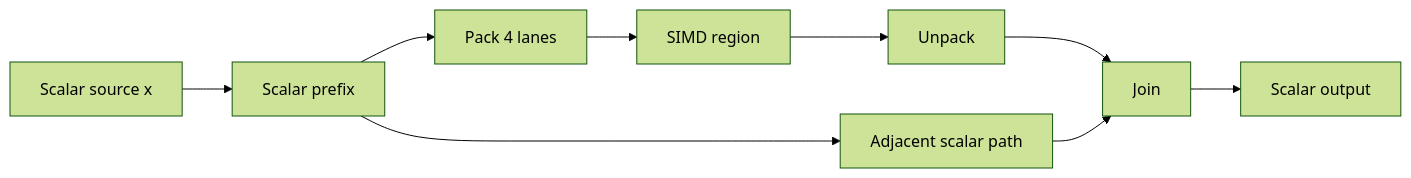
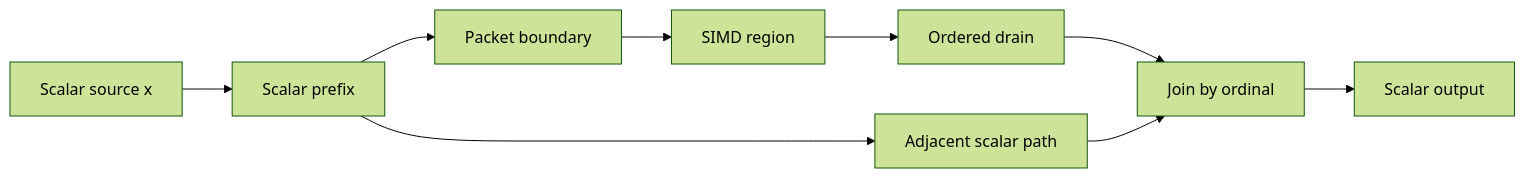
The first of 3 diagrams in crates/polydat/docs/design/simd_isa_autopromotion.md (nosqlbench/polydat), drawn with Mermaid (forest theme) before and after one commit. The commit also changed other lines of this file and 4 other files, not shown here.

````diff
--- a/crates/polydat/docs/design/simd_isa_autopromotion.md
+++ b/crates/polydat/docs/design/simd_isa_autopromotion.md
@@ -317,11 +155,11 @@
 ```mermaid
 flowchart LR
     S[Scalar source x] --> A[Scalar prefix]
-    A --> W[Pack 4 lanes]
-    W --> SIMD[SIMD region]
-    SIMD --> U[Unpack]
+    A --> W[Packet boundary]
+    W --> V[SIMD region]
+    V --> D[Ordered drain]
     A --> B[Adjacent scalar path]
-    U --> J[Join]
+    D --> J[Join by ordinal]
     B --> J
     J --> O[Scalar output]
 ```
````
